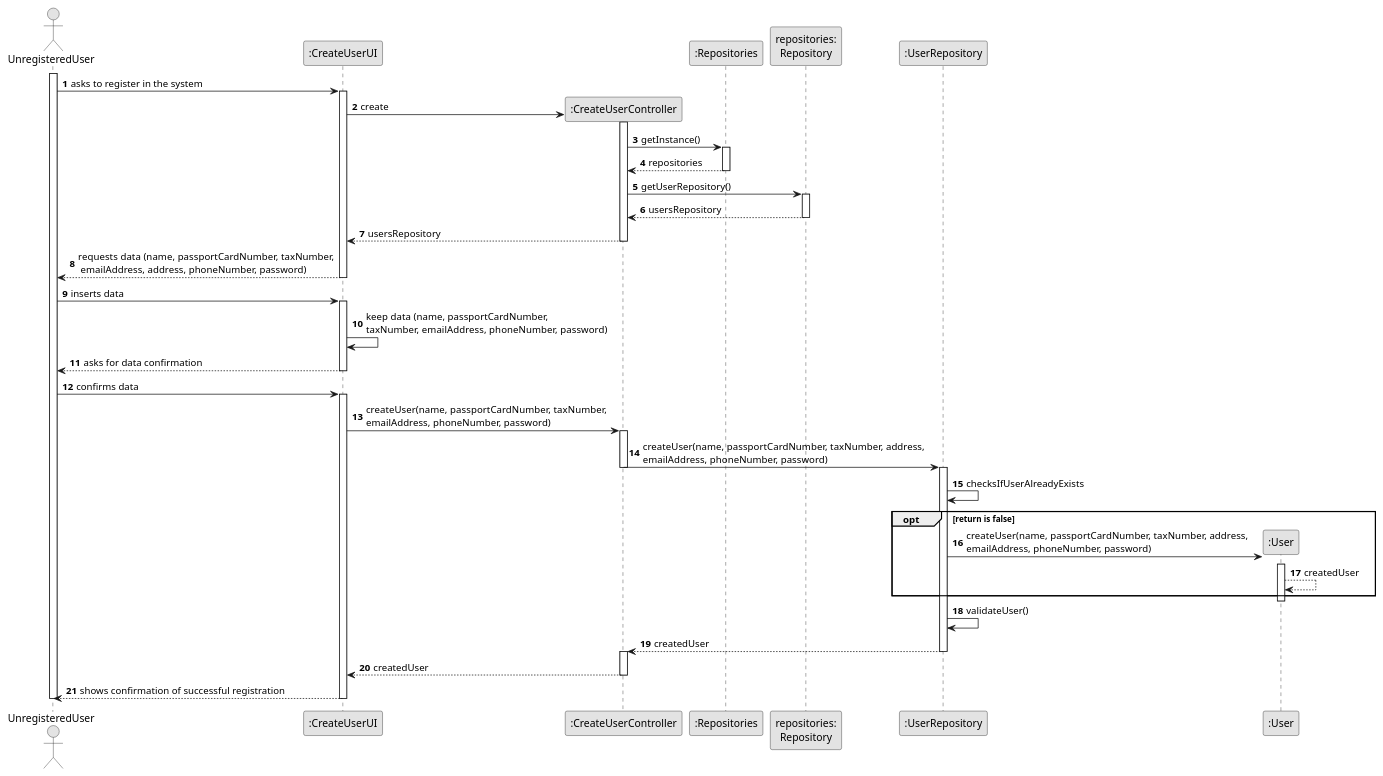
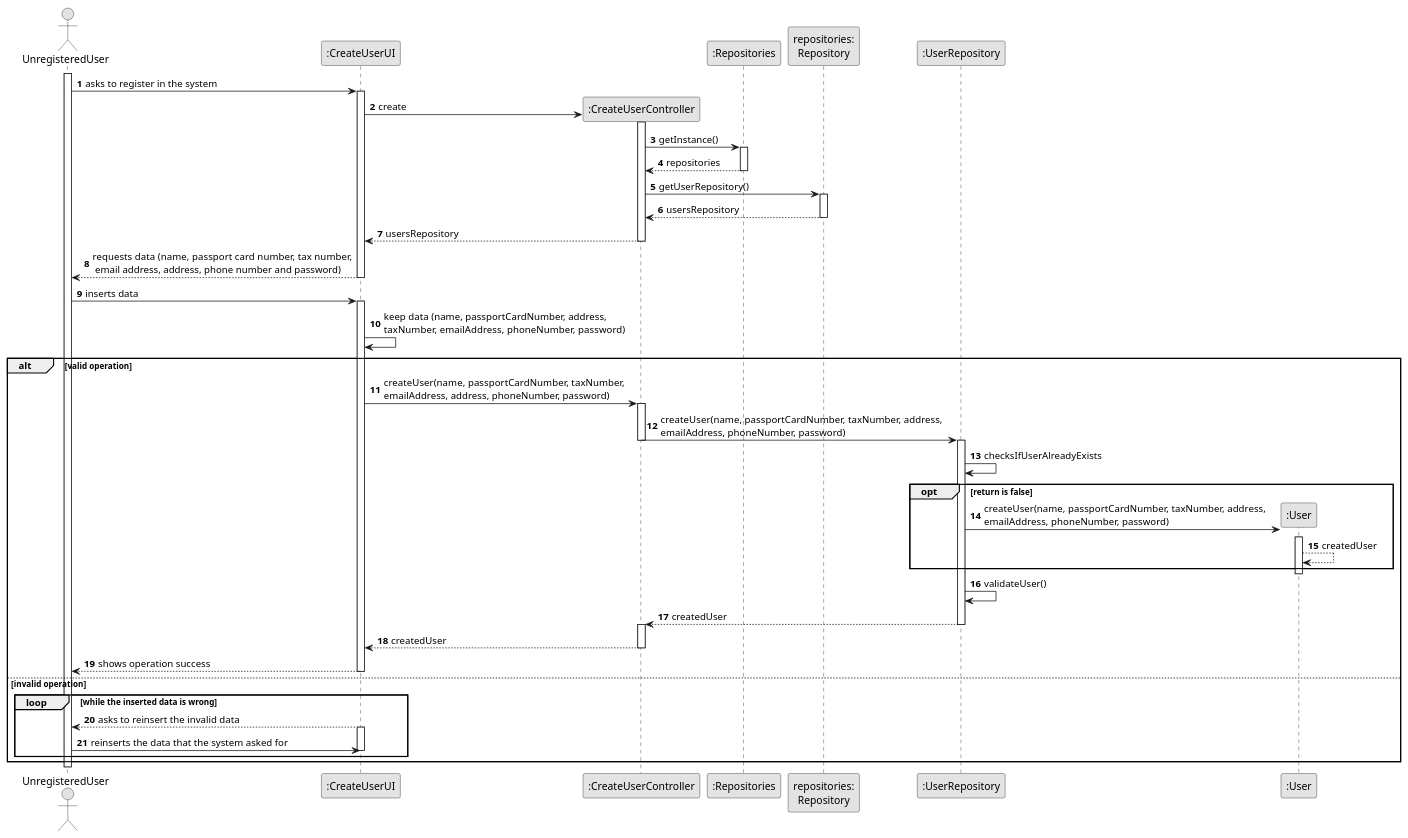
Before and after one commit to 1220812/LAPR2: the diagram in docs/sprintB/us007/03.design/puml/us007-sequence-diagram-full.puml, drawn with PlantUML. The commit also changed 19 other files, not shown here.

```diff
--- a/docs/sprintB/us007/03.design/puml/us007-sequence-diagram-full.puml
+++ b/docs/sprintB/us007/03.design/puml/us007-sequence-diagram-full.puml
@@ -1,92 +1,100 @@
 @startuml
 skinparam monochrome true
 skinparam packageStyle rectangle
 skinparam shadowing false
 
 autonumber
 
 'hide footbox
 actor "UnregisteredUser" as UU
 participant ":CreateUserUI" as UI
 participant ":CreateUserController" as CTRL
 participant ":Repositories" as R
 participant "repositories:\nRepository" as RR
 participant ":UserRepository" as UR
 participant ":User" as user
 
 activate UU
 
         UU -> UI : asks to register in the system
 
         activate UI
 
         UI -> CTRL** : create
 
 
         activate CTRL
 
         CTRL -> R : getInstance()
 
         activate R
 
         R --> CTRL : repositories
         deactivate R
 
         CTRL -> RR : getUserRepository()
         activate RR
 
         RR --> CTRL : usersRepository
 
         deactivate RR
 
         CTRL --> UI : usersRepository
         deactivate CTRL
 
-            UI --> UU : requests data (name, passportCardNumber, taxNumber,\n emailAddress, address, phoneNumber, password)
+            UI --> UU : requests data (name, passport card number, tax number,\n email address, address, phone number and password)
 
     deactivate UI
     UU -> UI : inserts data
     activate UI
 
-    UI -> UI : keep data (name, passportCardNumber, \ntaxNumber, emailAddress, phoneNumber, password)
+    UI -> UI : keep data (name, passportCardNumber, address, \ntaxNumber, emailAddress, phoneNumber, password)
 
-    UI --> UU : asks for data confirmation
-    deactivate UI
-    UU -> UI : confirms data
+    alt valid operation
 
-    activate UI
 
-    UI -> CTRL : createUser(name, passportCardNumber, taxNumber, \nemailAddress, phoneNumber, password)
+    UI -> CTRL : createUser(name, passportCardNumber, taxNumber, \nemailAddress, address, phoneNumber, password)
 
     activate CTRL
 
     CTRL -> UR : createUser(name, passportCardNumber, taxNumber, address, \nemailAddress, phoneNumber, password)
     deactivate CTRL
     activate UR
     UR -> UR : checksIfUserAlreadyExists
 
     opt return is false
 
-    UR -> user ** : createUser(name, passportCardNumber, taxNumber, address, \nemailAddress, phoneNumber, password)
+    UR -> user** : createUser(name, passportCardNumber, taxNumber, address, \nemailAddress, phoneNumber, password)
     activate user
     user --> user : createdUser
 
     end
     deactivate user
     UR-> UR : validateUser()
     UR --> CTRL : createdUser
     deactivate UR
     activate CTRL
 
     CTRL --> UI : createdUser
 
     deactivate CTRL
 
     deactivate R
-        UI --> UU : shows confirmation of successful registration
+        UI --> UU : shows operation success
         deactivate CTRL
     deactivate UI
 
+else invalid operation
+loop while the inserted data is wrong
+
+UI --> UU : asks to reinsert the invalid data
+activate UI
+
+UU -> UI : reinserts the data that the system asked for
+deactivate UI
+
+end
+
+end
 deactivate UU
-
 @enduml
```
